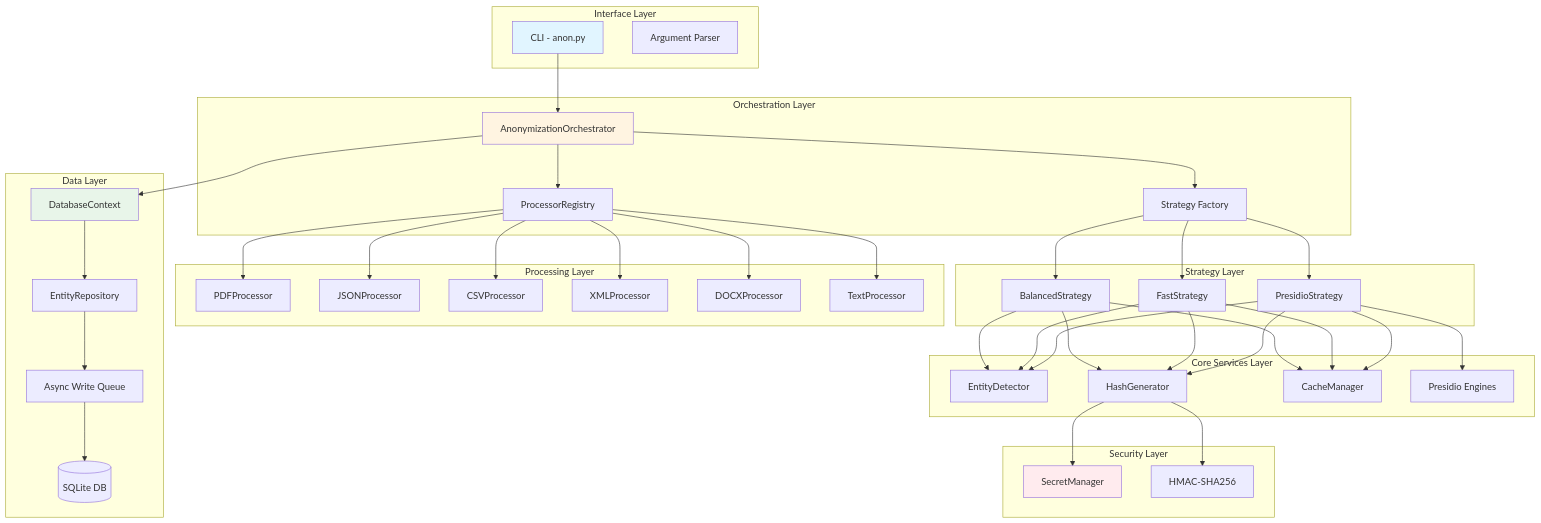
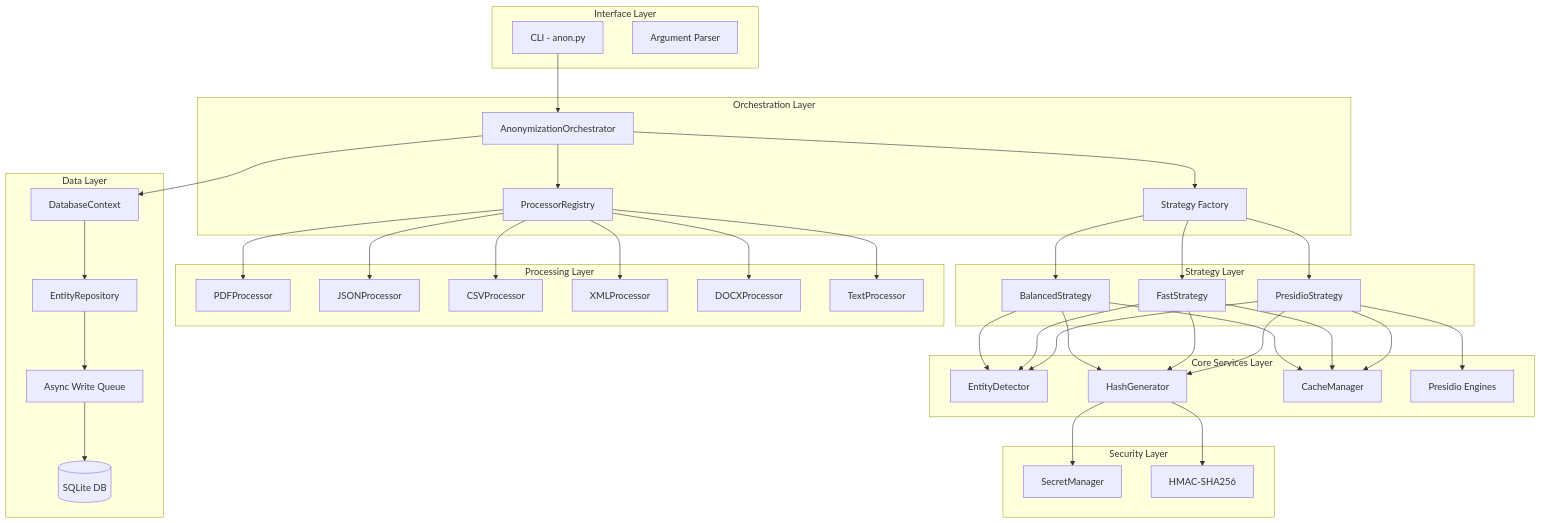
One commit to AnonShield/anonshield changed the first of 24 diagrams in docs/diagrams.md. Above: the diagram before and after it, drawn with Mermaid. The commit also changed other lines of this file, not shown here.

First line of the commit message:
Remove style definitions from diagrams

````diff
--- a/docs/diagrams.md
+++ b/docs/diagrams.md
@@ -7,73 +7,69 @@
 ```mermaid
 graph TB
     subgraph "Interface Layer"
         CLI[CLI - anon.py]
         Args[Argument Parser]
     end
     
     subgraph "Orchestration Layer"
         Orch[AnonymizationOrchestrator]
         StratFactory[Strategy Factory]
         ProcRegistry[ProcessorRegistry]
     end
     
     subgraph "Strategy Layer"
         PresidioStrat[PresidioStrategy]
         FastStrat[FastStrategy]
         BalancedStrat[BalancedStrategy]
     end
     
     subgraph "Processing Layer"
         PDF[PDFProcessor]
         JSON[JSONProcessor]
         CSV[CSVProcessor]
         XML[XMLProcessor]
         DOCX[DOCXProcessor]
         TXT[TextProcessor]
     end
     
     subgraph "Core Services Layer"
         EntityDet[EntityDetector]
         HashGen[HashGenerator]
         CacheMgr[CacheManager]
         Presidio[Presidio Engines]
     end
     
     subgraph "Data Layer"
         DBCtx[DatabaseContext]
         Repo[EntityRepository]
         Queue[Async Write Queue]
         SQLite[(SQLite DB)]
     end
     
     subgraph "Security Layer"
         SecMgr[SecretManager]
         HMAC[HMAC-SHA256]
     end
     
     CLI --> Orch
     Orch --> StratFactory
     Orch --> ProcRegistry
     StratFactory --> PresidioStrat
     StratFactory --> FastStrat
     StratFactory --> BalancedStrat
     ProcRegistry --> PDF & JSON & CSV & XML & DOCX & TXT
     
     PresidioStrat & FastStrat & BalancedStrat --> EntityDet
     PresidioStrat & FastStrat & BalancedStrat --> HashGen
     PresidioStrat & FastStrat & BalancedStrat --> CacheMgr
     PresidioStrat --> Presidio
     
     Orch --> DBCtx
     DBCtx --> Repo
     Repo --> Queue
     Queue --> SQLite
     
     HashGen --> SecMgr
     HashGen --> HMAC
-    
-    style CLI fill:#e1f5ff
-    style Orch fill:#fff4e1
-    style DBCtx fill:#e8f5e9
-    style SecMgr fill:#ffebee
+
 ```
````
